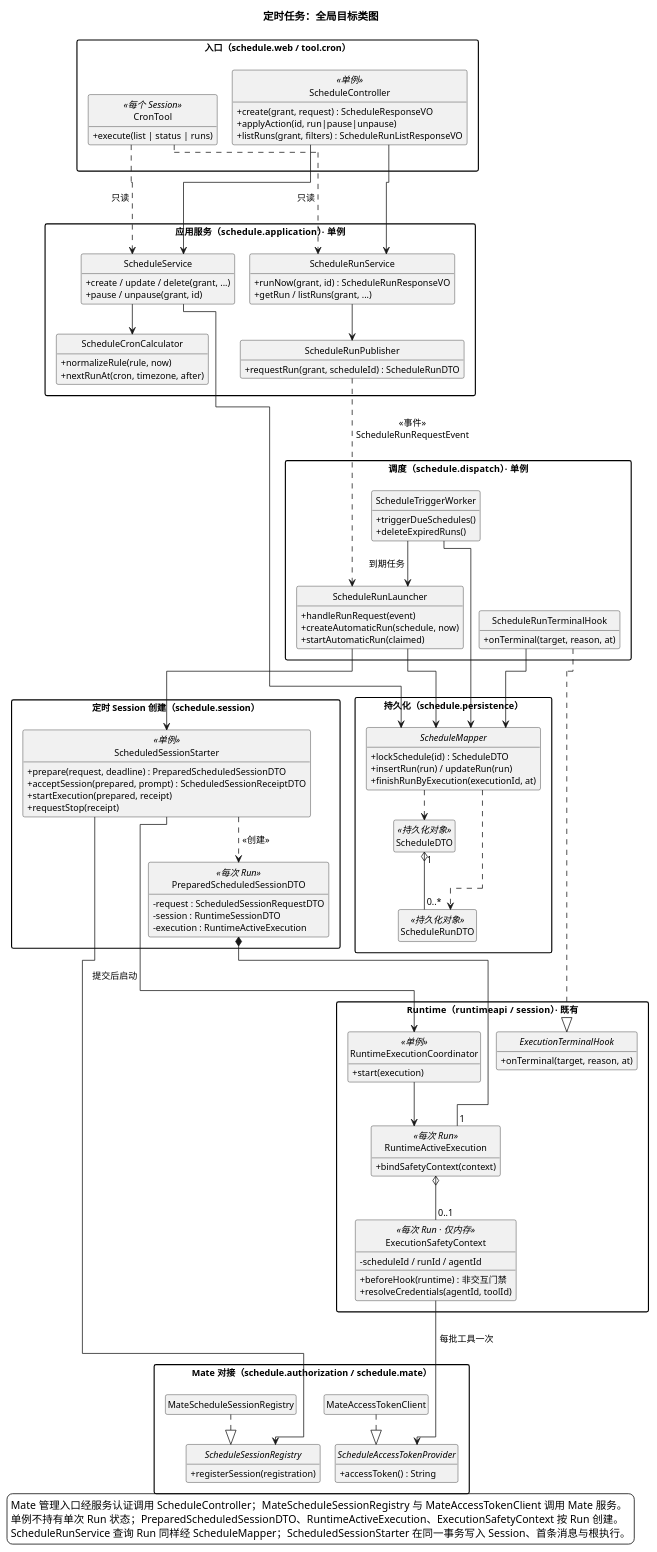
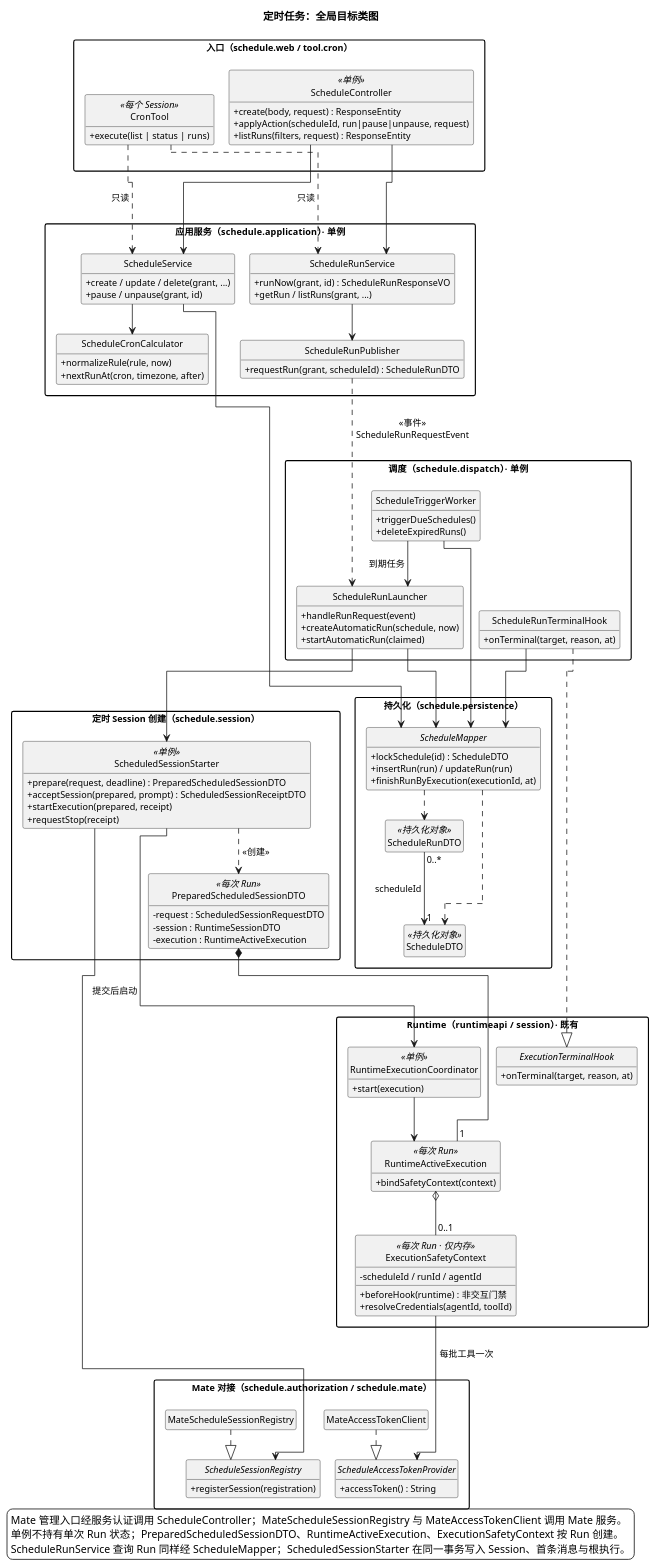
One commit to ssm0808/pi-mono-java-design changed the second of 7 diagrams in 01-总体架构/08-CampusClaw定时任务/diagram.puml. Above: the diagram before and after it, drawn with PlantUML. The commit also changed 3 other files, not shown here.

First line of the commit message:
docs(schedule): 修正类图中 Controller 方法签名与 Run 关联关系

```diff
--- a/01-总体架构/08-CampusClaw定时任务/diagram.puml
+++ b/01-总体架构/08-CampusClaw定时任务/diagram.puml
@@ -45,154 +45,154 @@
 @startuml scheduled_task_architecture
 ' 实现：superheromeZzh/pi-mono-java PR #332，codex/scheduled-task-backend bdd3af99，核对日期 2026-10-15。
 ' 源码：modules/coding-agent-cli/src/main/java/com/campusclaw/codingagent/schedule/dispatch/ScheduleRunLauncher.java handleRunRequest、createAutomaticRun、startAutomaticRun。
 ' 源码：modules/coding-agent-cli/src/main/java/com/campusclaw/codingagent/schedule/session/ScheduledSessionStarter.java prepare、acceptSession、startExecution、requestStop。
 ' 源码：modules/coding-agent-cli/src/main/java/com/campusclaw/codingagent/runtimeapi/runtime/RuntimeActiveExecution.java bindSafetyContext。
 ' 源码：modules/coding-agent-cli/src/main/java/com/campusclaw/codingagent/session/ExecutionSafetyContext.java beforeHook、resolveCredentials。
 ' 源码：modules/coding-agent-cli/src/main/java/com/campusclaw/codingagent/schedule/application/ScheduleRunPublisher.java requestRun。
 ' 设计原因：立即运行经进程内事件到达 Run 启动器，避免 Runtime 装配构造依赖环。
 ' 设计原因：服务直接使用 ScheduleMapper 收发 DTO，不另设仓储接口。
 ' 产品约束：每次 Run 使用关联的 Agent 定义新建 Session；定时执行非交互。
 title 定时任务：全局目标类图
 !pragma layout elk
 top to bottom direction
 set separator none
 skinparam backgroundColor white
 skinparam shadowing false
 skinparam defaultFontSize 12
 skinparam classAttributeIconSize 0
 skinparam packageStyle rectangle
 skinparam nodesep 40
 skinparam ranksep 50
 hide empty members
 hide circle
 
 package "入口（schedule.web / tool.cron）" as EntryPkg {
   class ScheduleController <<单例>> {
-    + create(grant, request) : ScheduleResponseVO
-    + applyAction(id, run|pause|unpause)
-    + listRuns(grant, filters) : ScheduleRunListResponseVO
+    + create(body, request) : ResponseEntity
+    + applyAction(scheduleId, run|pause|unpause, request)
+    + listRuns(filters, request) : ResponseEntity
   }
   class CronTool <<每个 Session>> {
     + execute(list | status | runs)
   }
 }
 
 package "应用服务（schedule.application）· 单例" as AppPkg {
   class ScheduleService {
     + create / update / delete(grant, ...)
     + pause / unpause(grant, id)
   }
   class ScheduleRunService {
     + runNow(grant, id) : ScheduleRunResponseVO
     + getRun / listRuns(grant, ...)
   }
   class ScheduleRunPublisher {
     + requestRun(grant, scheduleId) : ScheduleRunDTO
   }
   class ScheduleCronCalculator {
     + normalizeRule(rule, now)
     + nextRunAt(cron, timezone, after)
   }
 }
 
 package "调度（schedule.dispatch）· 单例" as DispatchPkg {
   class ScheduleTriggerWorker {
     + triggerDueSchedules()
     + deleteExpiredRuns()
   }
   class ScheduleRunLauncher {
     + handleRunRequest(event)
     + createAutomaticRun(schedule, now)
     + startAutomaticRun(claimed)
   }
   class ScheduleRunTerminalHook {
     + onTerminal(target, reason, at)
   }
 }
 
 package "定时 Session 创建（schedule.session）" as StarterPkg {
   class ScheduledSessionStarter <<单例>> {
     + prepare(request, deadline) : PreparedScheduledSessionDTO
     + acceptSession(prepared, prompt) : ScheduledSessionReceiptDTO
     + startExecution(prepared, receipt)
     + requestStop(receipt)
   }
   class PreparedScheduledSessionDTO <<每次 Run>> {
     - request : ScheduledSessionRequestDTO
     - session : RuntimeSessionDTO
     - execution : RuntimeActiveExecution
   }
 }
 
 package "Runtime（runtimeapi / session）· 既有" as RuntimePkg {
   class RuntimeExecutionCoordinator <<单例>> {
     + start(execution)
   }
   class RuntimeActiveExecution <<每次 Run>> {
     + bindSafetyContext(context)
   }
   class ExecutionSafetyContext <<每次 Run · 仅内存>> {
     - scheduleId / runId / agentId
     + beforeHook(runtime) : 非交互门禁
     + resolveCredentials(agentId, toolId)
   }
   interface ExecutionTerminalHook {
     + onTerminal(target, reason, at)
   }
 }
 
 package "Mate 对接（schedule.authorization / schedule.mate）" as MatePkg {
   interface ScheduleSessionRegistry {
     + registerSession(registration)
   }
   interface ScheduleAccessTokenProvider {
     + accessToken() : String
   }
   class MateScheduleSessionRegistry
   class MateAccessTokenClient
 }
 
 package "持久化（schedule.persistence）" as PersistPkg {
   interface ScheduleMapper {
     + lockSchedule(id) : ScheduleDTO
     + insertRun(run) / updateRun(run)
     + finishRunByExecution(executionId, at)
   }
   class ScheduleDTO <<持久化对象>>
   class ScheduleRunDTO <<持久化对象>>
 }
 
 ScheduleController --> ScheduleService
 ScheduleController --> ScheduleRunService
 CronTool ..> ScheduleService : 只读
 CronTool ..> ScheduleRunService : 只读
 ScheduleService --> ScheduleCronCalculator
 ScheduleRunService --> ScheduleRunPublisher
 ScheduleRunPublisher ..> ScheduleRunLauncher : <<事件>>\nScheduleRunRequestEvent
 ScheduleTriggerWorker --> ScheduleRunLauncher : 到期任务
 ScheduleRunLauncher --> ScheduledSessionStarter
 ScheduledSessionStarter ..> PreparedScheduledSessionDTO : <<创建>>
 PreparedScheduledSessionDTO *-- "1" RuntimeActiveExecution
 RuntimeActiveExecution o-- "0..1" ExecutionSafetyContext
 ScheduledSessionStarter --> RuntimeExecutionCoordinator : 提交后启动
 RuntimeExecutionCoordinator --> RuntimeActiveExecution
 ScheduledSessionStarter --> ScheduleSessionRegistry
 ExecutionSafetyContext --> ScheduleAccessTokenProvider : 每批工具一次
 ScheduleRunTerminalHook ..|> ExecutionTerminalHook
 MateScheduleSessionRegistry ..|> ScheduleSessionRegistry
 MateAccessTokenClient ..|> ScheduleAccessTokenProvider
 ScheduleService --> ScheduleMapper
 ScheduleRunLauncher --> ScheduleMapper
 ScheduleTriggerWorker --> ScheduleMapper
 ScheduleRunTerminalHook --> ScheduleMapper
 ScheduleMapper ..> ScheduleDTO
 ScheduleMapper ..> ScheduleRunDTO
-ScheduleDTO "1" o-- "0..*" ScheduleRunDTO
+ScheduleRunDTO "0..*" --> "1" ScheduleDTO : scheduleId
 
 
 legend bottom left
 Mate 管理入口经服务认证调用 ScheduleController；MateScheduleSessionRegistry 与 MateAccessTokenClient 调用 Mate 服务。
 单例不持有单次 Run 状态；PreparedScheduledSessionDTO、RuntimeActiveExecution、ExecutionSafetyContext 按 Run 创建。
 ScheduleRunService 查询 Run 同样经 ScheduleMapper；ScheduledSessionStarter 在同一事务写入 Session、首条消息与根执行。
 endlegend
 @enduml
```
